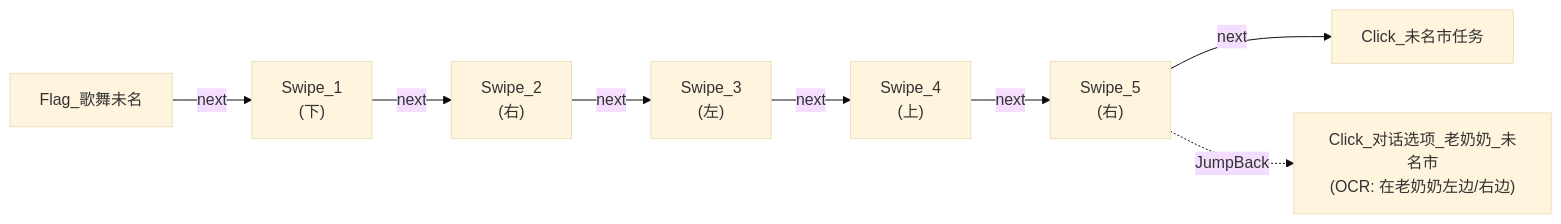
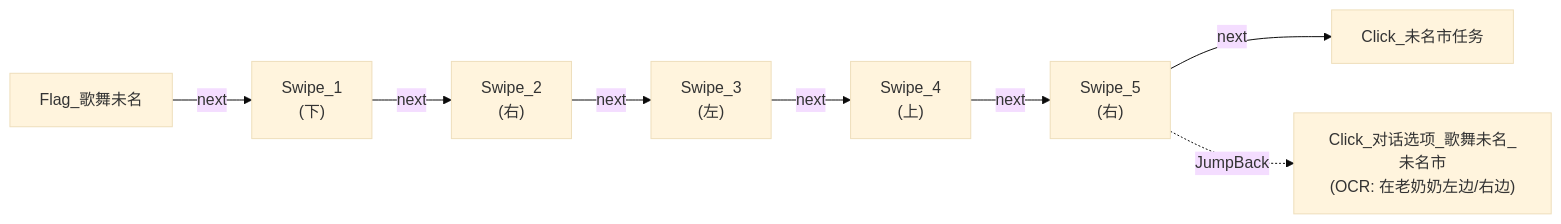
Diagram 34 of 44 in docs/zh_cn/develop/Pipeline说明.md (Coxwtwo/MaaTOT), drawn with Mermaid (base theme) before and after one commit. The commit also changed other lines of this file, not shown here.

````diff
--- a/docs/zh_cn/develop/Pipeline说明.md
+++ b/docs/zh_cn/develop/Pipeline说明.md
@@ -980,10 +1003,10 @@
 ```mermaid
 flowchart LR
     n1["Flag_歌舞未名"] -->|next| s1["Swipe_1<br>(下)"]
     s1 -->|next| s2["Swipe_2<br>(右)"]
     s2 -->|next| s3["Swipe_3<br>(左)"]
     s3 -->|next| s4["Swipe_4<br>(上)"]
     s4 -->|next| s5["Swipe_5<br>(右)"]
     s5 -->|next| n_done["Click_未名市任务"]
-    s5 -.->|JumpBack| n_option["Click_对话选项_老奶奶_未名市<br>(OCR: 在老奶奶左边/右边)"]
+    s5 -.->|JumpBack| n_option["Click_对话选项_歌舞未名_未名市<br>(OCR: 在老奶奶左边/右边)"]
 ```
````
